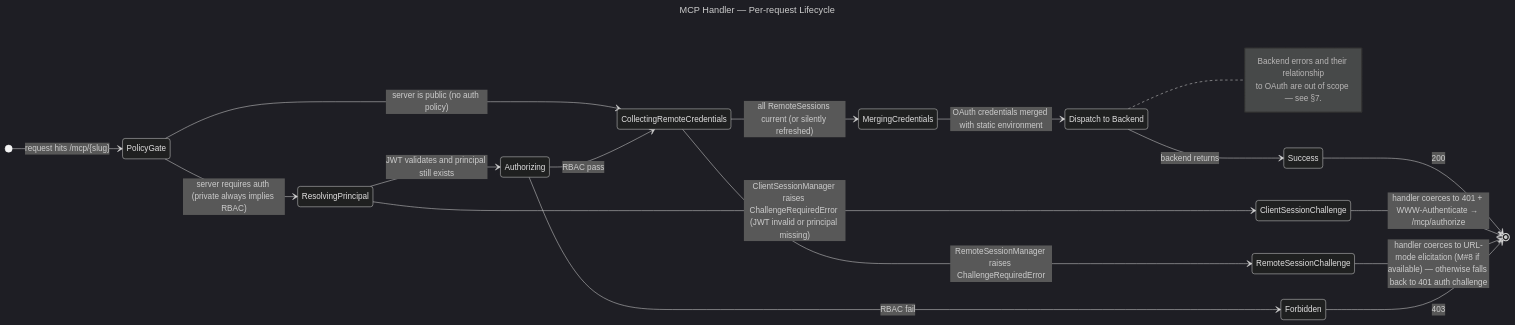
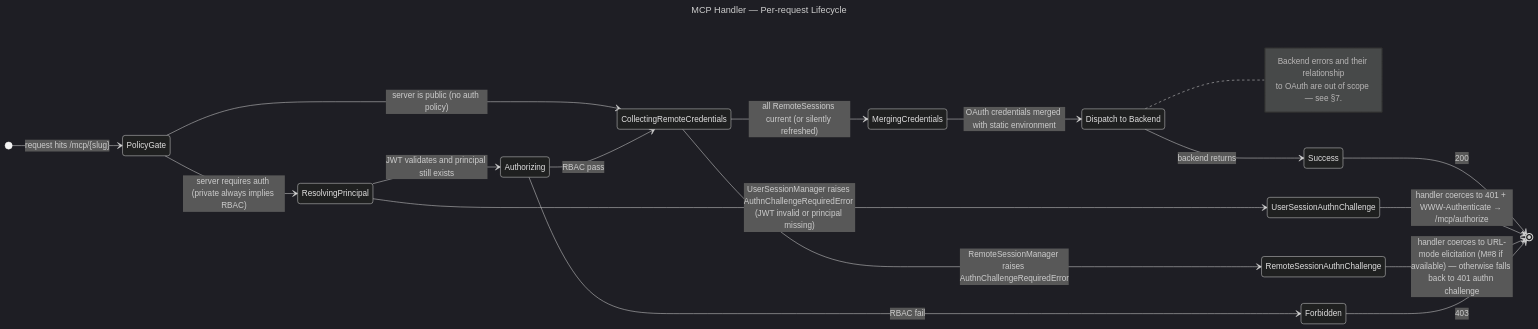
One commit to speakeasy-api/gram changed the diagram in diagrams/mcp-handler-states.mermaid. Above: the diagram before and after it, drawn with Mermaid (dark theme). The commit also changed 12 other files, not shown here.

```diff
--- a/diagrams/mcp-handler-states.mermaid
+++ b/diagrams/mcp-handler-states.mermaid
@@ -1,35 +1,35 @@
 ---
 title: MCP Handler — Per-request Lifecycle
 ---
 stateDiagram-v2
     direction LR
 
     state "Dispatch to Backend" as DispatchToBackend
 
     [*] --> PolicyGate: request hits /mcp/{slug}
 
     PolicyGate --> ResolvingPrincipal: server requires auth (private always implies RBAC)
     PolicyGate --> CollectingRemoteCredentials: server is public (no auth policy)
 
     ResolvingPrincipal --> Authorizing: JWT validates and principal still exists
-    ResolvingPrincipal --> ClientSessionChallenge: ClientSessionManager raises ChallengeRequiredError (JWT invalid or principal missing)
+    ResolvingPrincipal --> UserSessionAuthnChallenge: UserSessionManager raises AuthnChallengeRequiredError (JWT invalid or principal missing)
 
     Authorizing --> CollectingRemoteCredentials: RBAC pass
     Authorizing --> Forbidden: RBAC fail
 
     CollectingRemoteCredentials --> MergingCredentials: all RemoteSessions current (or silently refreshed)
-    CollectingRemoteCredentials --> RemoteSessionChallenge: RemoteSessionManager raises ChallengeRequiredError
+    CollectingRemoteCredentials --> RemoteSessionAuthnChallenge: RemoteSessionManager raises AuthnChallengeRequiredError
 
     MergingCredentials --> DispatchToBackend: OAuth credentials merged with static environment
 
     DispatchToBackend --> Success: backend returns
 
     Success --> [*]: 200
-    ClientSessionChallenge --> [*]: handler coerces to 401 + WWW-Authenticate → /mcp/authorize
-    RemoteSessionChallenge --> [*]: handler coerces to URL-mode elicitation (M#8 if available) — otherwise falls back to 401 auth challenge
+    UserSessionAuthnChallenge --> [*]: handler coerces to 401 + WWW-Authenticate → /mcp/authorize
+    RemoteSessionAuthnChallenge --> [*]: handler coerces to URL-mode elicitation (M#8 if available) — otherwise falls back to 401 authn challenge
     Forbidden --> [*]: 403
 
     note right of DispatchToBackend
         Backend errors and their relationship
         to OAuth are out of scope — see §7.
     end note
```
